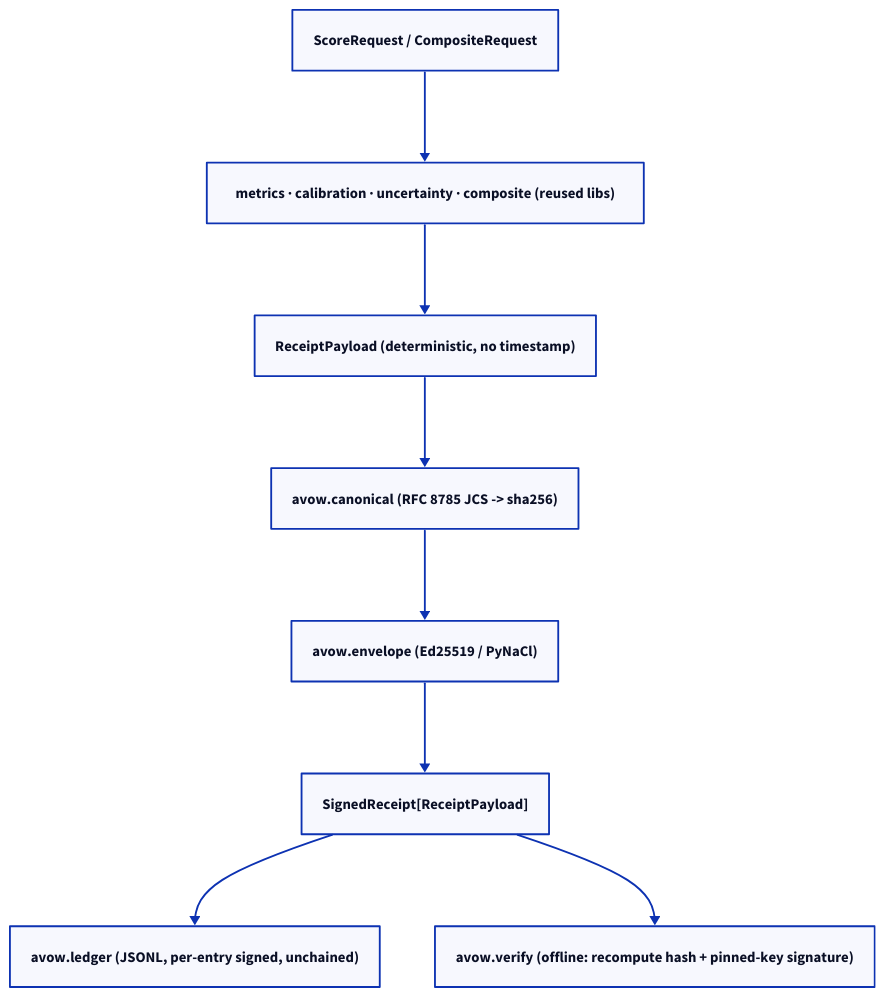
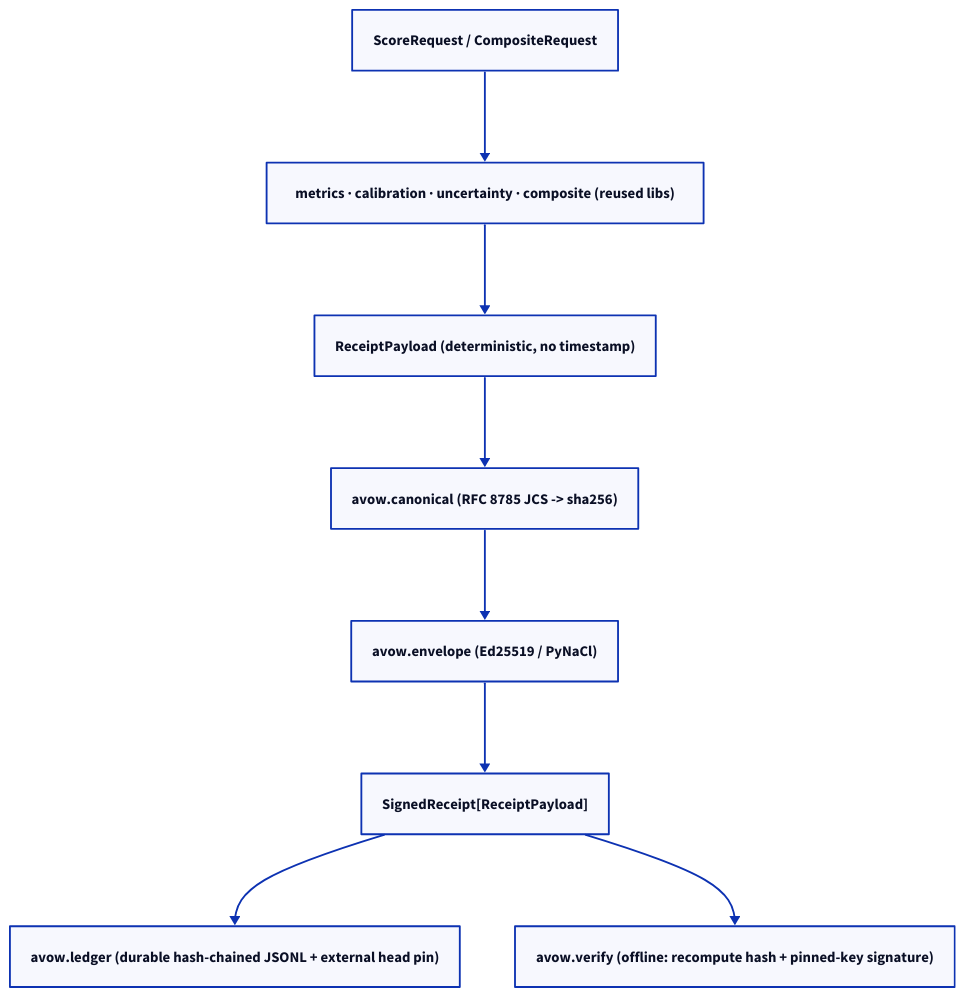
The second of 3 diagrams in docs/ARCHITECTURE.md (hseshadr/assay), drawn with D2 before and after one commit. The commit also changed other lines of this file and 33 other files, not shown here.

````diff
--- a/docs/ARCHITECTURE.md
+++ b/docs/ARCHITECTURE.md
@@ -42,14 +42,14 @@
 ```d2
 request: ScoreRequest / CompositeRequest        # assay
 compute: "metrics · calibration · uncertainty · composite (reused libs)"  # assay
 payload: ReceiptPayload (deterministic, no timestamp)  # assay.receipt
 hash: "avow.canonical (RFC 8785 JCS -> sha256)"
 sign: "avow.envelope (Ed25519 / PyNaCl)"
 receipt: "SignedReceipt[ReceiptPayload]"
-ledger: "avow.ledger (JSONL, per-entry signed, unchained)"
+ledger: "avow.ledger (durable hash-chained JSONL + external head pin)"
 verify: "avow.verify (offline: recompute hash + pinned-key signature)"
 
 request -> compute -> payload -> hash -> sign -> receipt
 receipt -> ledger
 receipt -> verify
 ```
````
